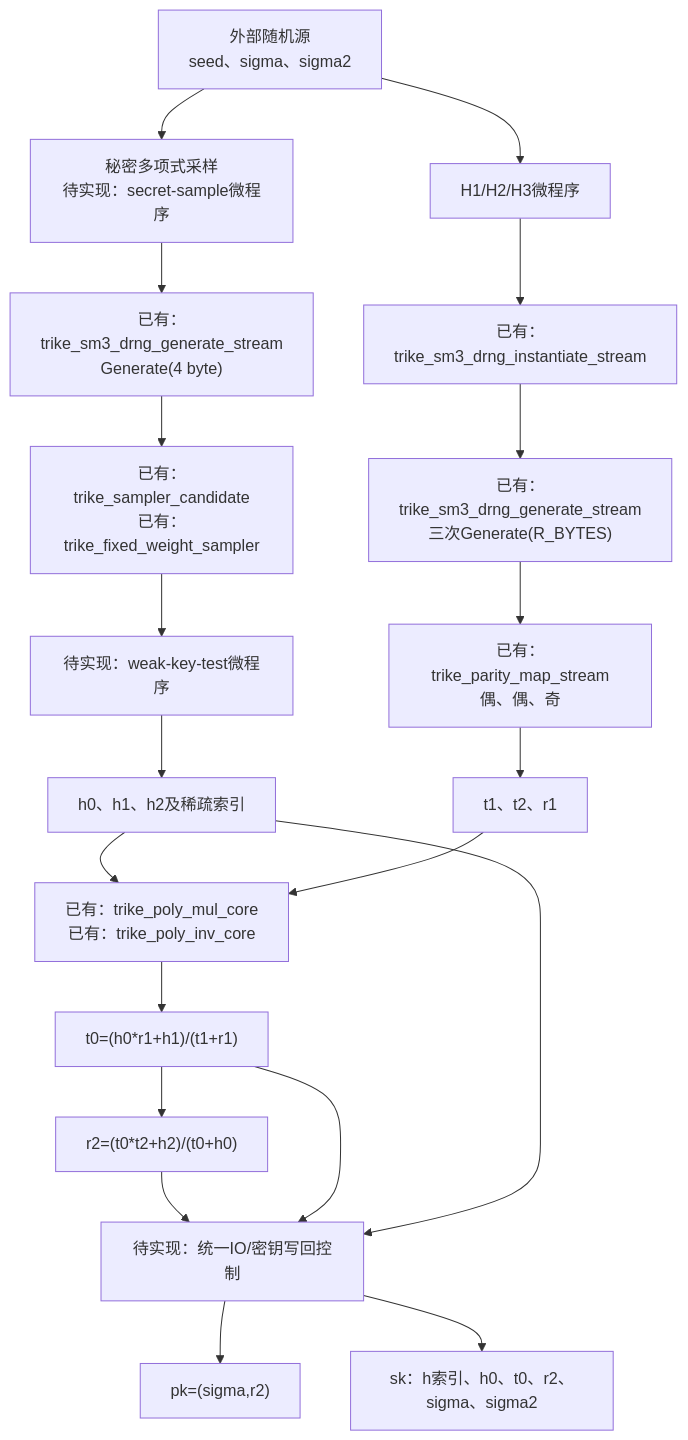
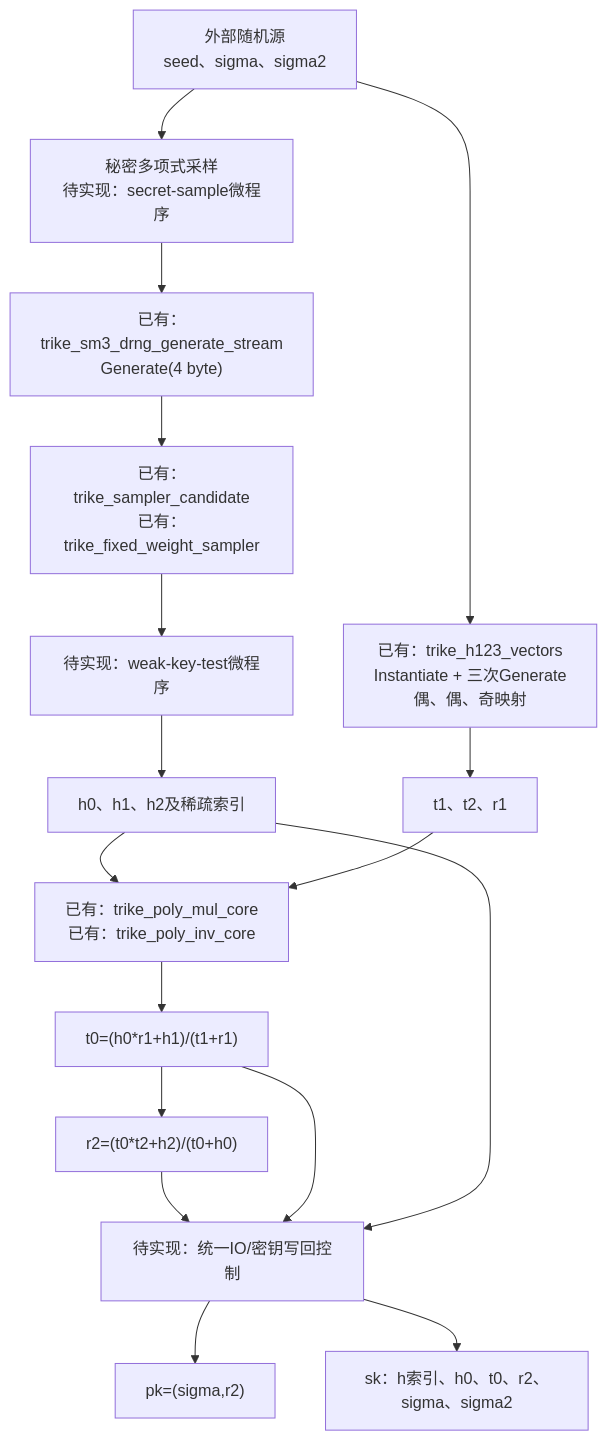
One commit to z2901550610/Min_Sum changed the first of 8 diagrams in docs/design/trike_kem_common_cores.md. Above: the diagram before and after it, drawn with Mermaid. The commit also changed other lines of this file and 23 other files, not shown here.

````diff
--- a/docs/design/trike_kem_common_cores.md
+++ b/docs/design/trike_kem_common_cores.md
@@ -56,24 +56,21 @@
 ```mermaid
 flowchart TD
     RNG["外部随机源<br/>seed、sigma、sigma2"] --> SECRET["秘密多项式采样<br/>待实现：secret-sample微程序"]
     SECRET --> DRNG4["已有：trike_sm3_drng_generate_stream<br/>Generate(4 byte)"]
     DRNG4 --> SAMPLER["已有：trike_sampler_candidate<br/>已有：trike_fixed_weight_sampler"]
     SAMPLER --> WEAK["待实现：weak-key-test微程序"]
     WEAK --> HIDX["h0、h1、h2及稀疏索引"]
 
-    RNG --> HASHV["H1/H2/H3微程序"]
-    HASHV --> INST["已有：trike_sm3_drng_instantiate_stream"]
-    INST --> GENR["已有：trike_sm3_drng_generate_stream<br/>三次Generate(R_BYTES)"]
-    GENR --> PARITY["已有：trike_parity_map_stream<br/>偶、偶、奇"]
-    PARITY --> TVEC["t1、t2、r1"]
+    RNG --> HASHV["已有：trike_h123_vectors<br/>Instantiate + 三次Generate<br/>偶、偶、奇映射"]
+    HASHV --> TVEC["t1、t2、r1"]
 
     HIDX --> POLY["已有：trike_poly_mul_core<br/>已有：trike_poly_inv_core"]
     TVEC --> POLY
     POLY --> T0["t0=(h0*r1+h1)/(t1+r1)"]
     T0 --> R2["r2=(t0*t2+h2)/(t0+h0)"]
     R2 --> PACK["待实现：统一IO/密钥写回控制"]
     T0 --> PACK
     HIDX --> PACK
     PACK --> PK["pk=(sigma,r2)"]
     PACK --> SK["sk：h索引、h0、t0、r2、sigma、sigma2"]
 ```
````
